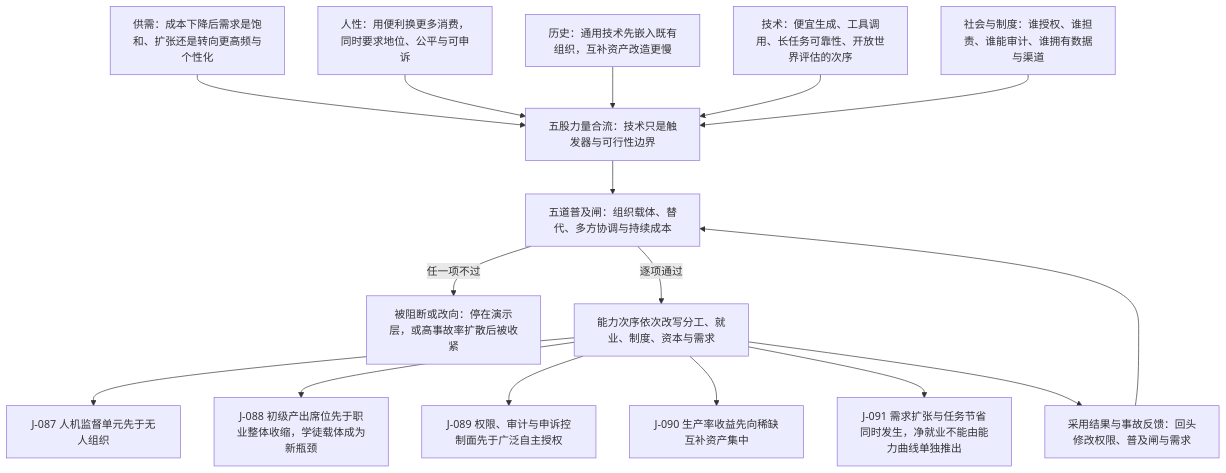
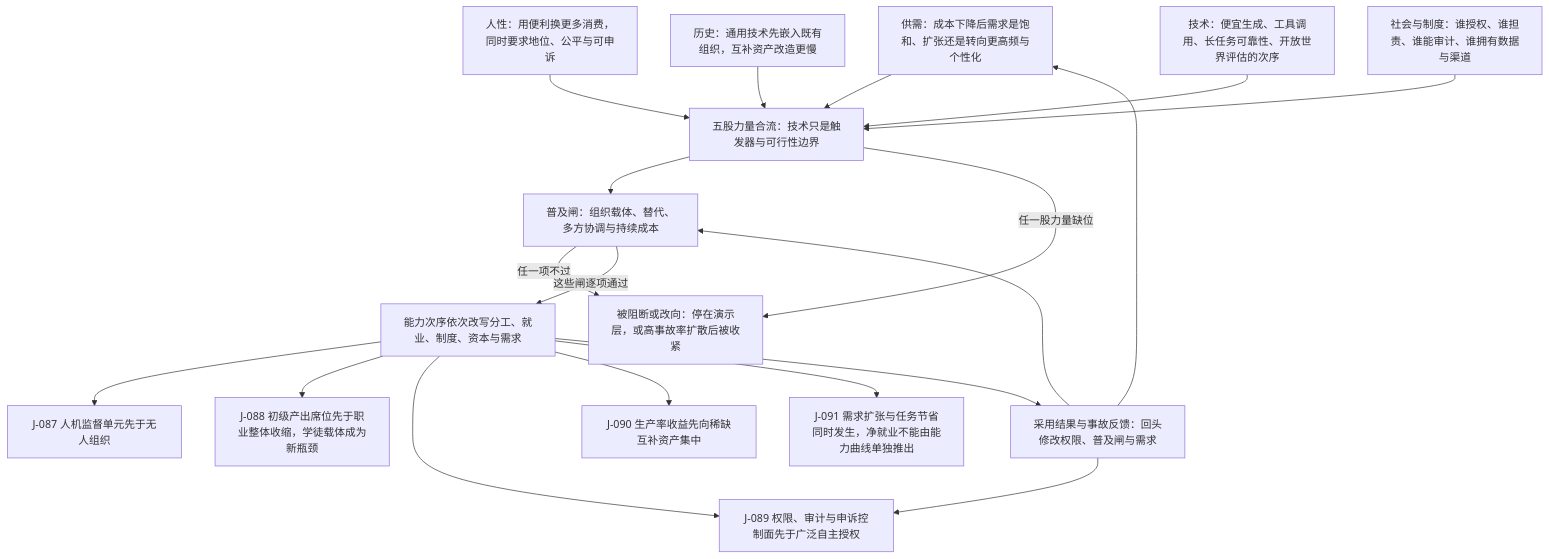
The diagram in docs/zh/chains/70-capability-to-social-consequences.md (SenZhangAI/foresight-by-ai), drawn with Mermaid before and after one commit. The commit also changed 11 other files, not shown here.

````diff
--- a/docs/zh/chains/70-capability-to-social-consequences.md
+++ b/docs/zh/chains/70-capability-to-social-consequences.md
@@ -114,18 +114,21 @@
 ```mermaid
 flowchart TD
   SUPPLY["供需：成本下降后需求是饱和、扩张还是转向更高频与个性化"] --> CONF["五股力量合流：技术只是触发器与可行性边界"]
   HUMAN["人性：用便利换更多消费，同时要求地位、公平与可申诉"] --> CONF
   HIST["历史：通用技术先嵌入既有组织，互补资产改造更慢"] --> CONF
   TECH["技术：便宜生成、工具调用、长任务可靠性、开放世界评估的次序"] --> CONF
   INST["社会与制度：谁授权、谁担责、谁能审计、谁拥有数据与渠道"] --> CONF
-  CONF --> GATE["五道普及闸：组织载体、替代、多方协调与持续成本"]
+  CONF --> GATE["普及闸：组织载体、替代、多方协调与持续成本"]
   GATE -->|"任一项不过"| STALL["被阻断或改向：停在演示层，或高事故率扩散后被收紧"]
-  GATE -->|"逐项通过"| SEG["能力次序依次改写分工、就业、制度、资本与需求"]
+  CONF -->|"任一股力量缺位"| STALL
+  GATE -->|"这些闸逐项通过"| SEG["能力次序依次改写分工、就业、制度、资本与需求"]
   SEG --> U1["J-087 人机监督单元先于无人组织"]
   SEG --> U2["J-088 初级产出席位先于职业整体收缩，学徒载体成为新瓶颈"]
   SEG --> U3["J-089 权限、审计与申诉控制面先于广泛自主授权"]
   SEG --> U4["J-090 生产率收益先向稀缺互补资产集中"]
   SEG --> U5["J-091 需求扩张与任务节省同时发生，净就业不能由能力曲线单独推出"]
   SEG --> FB["采用结果与事故反馈：回头修改权限、普及闸与需求"]
   FB --> GATE
+  FB --> U3
+  FB --> SUPPLY
 ```
````
